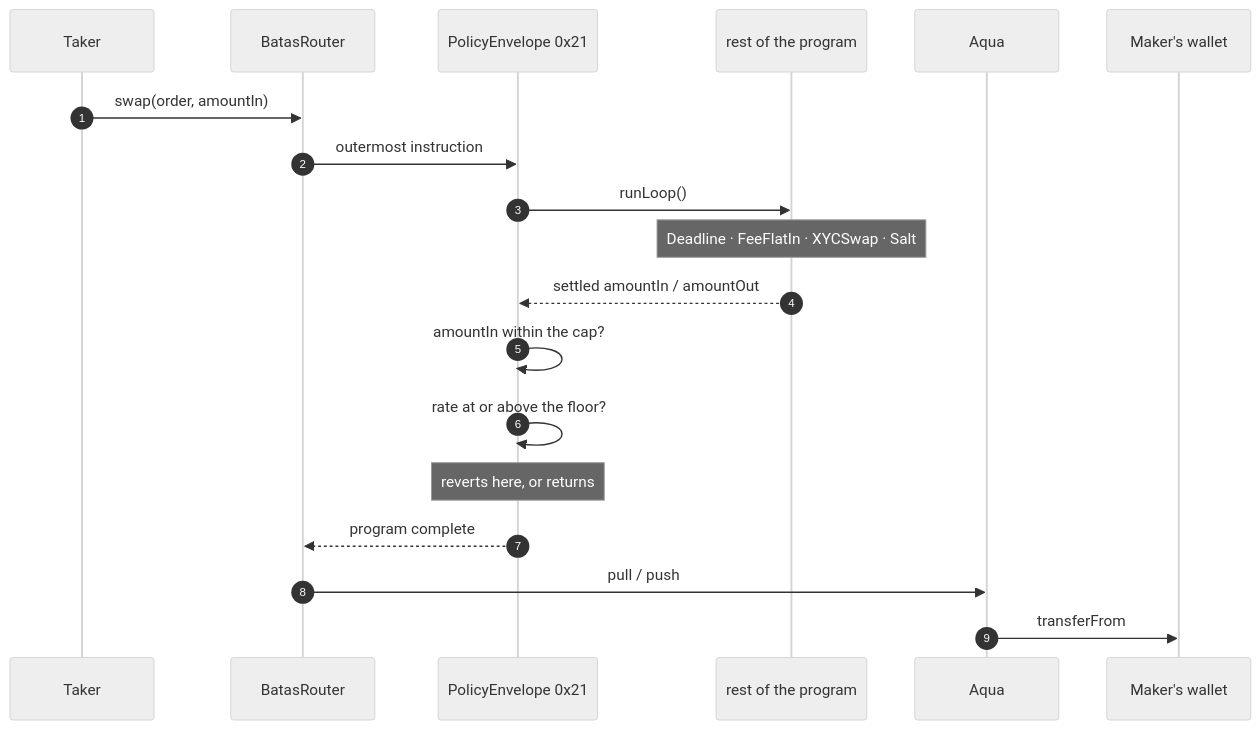
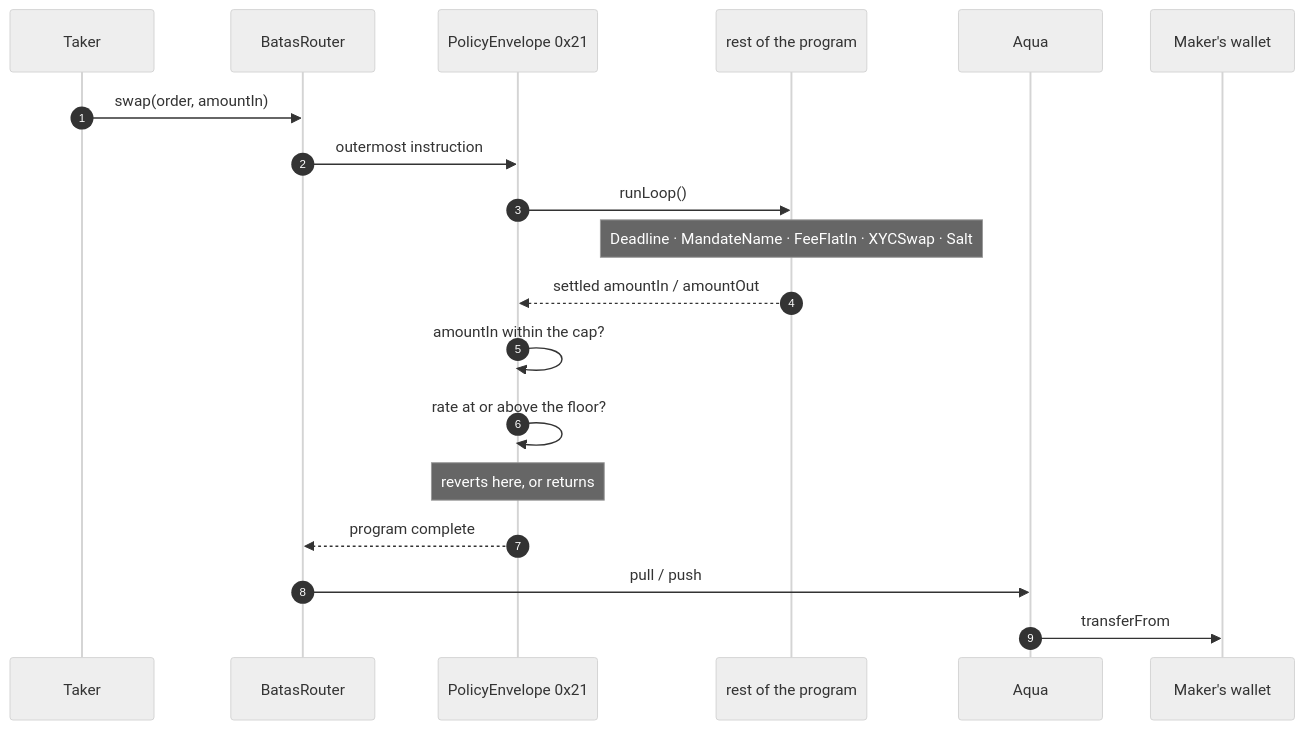
The second of 2 diagrams in README.md (PugarHuda/batas), drawn with Mermaid (neutral theme) before and after one commit. The commit also changed other lines of this file and 31 other files, not shown here.

````diff
--- a/README.md
+++ b/README.md
@@ -126,22 +128,22 @@
 ```mermaid
 sequenceDiagram
     autonumber
     participant T as Taker
     participant R as BatasRouter
     participant P as PolicyEnvelope 0x21
     participant I as rest of the program
     participant A as Aqua
     participant M as Maker's wallet
 
     T->>R: swap(order, amountIn)
     R->>P: outermost instruction
     P->>I: runLoop()
-    Note over I: Deadline · FeeFlatIn · XYCSwap · Salt
+    Note over I: Deadline · MandateName · FeeFlatIn · XYCSwap · Salt
     I-->>P: settled amountIn / amountOut
     P->>P: amountIn within the cap?
     P->>P: rate at or above the floor?
     Note over P: reverts here, or returns
     P-->>R: program complete
     R->>A: pull / push
     A->>M: transferFrom
 ```
````
